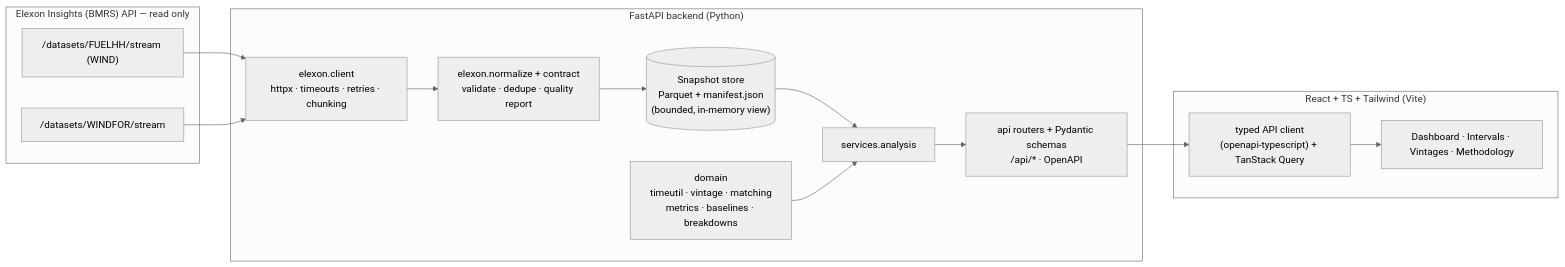
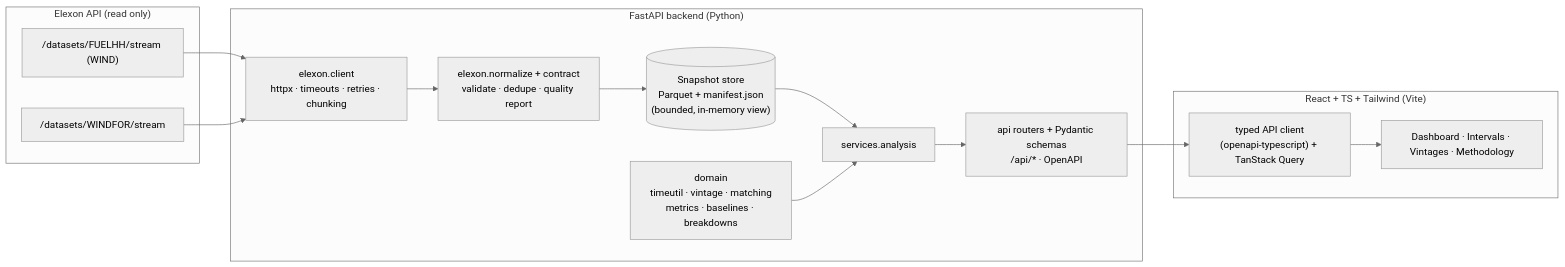
Before and after one commit to cycli-city/nkvsr: the diagram in docs/03-ARCHITECTURE.md, drawn with Mermaid (neutral theme).

Commit message:
docs: shorten the Elexon group title in the architecture diagram
Claude-Session: https://claude.ai/code/session_01HTTKyxJcNPF2oDDBKQLpF3

````diff
--- a/docs/03-ARCHITECTURE.md
+++ b/docs/03-ARCHITECTURE.md
@@ -5,27 +5,27 @@
 ```mermaid
 flowchart LR
-  subgraph Elexon["Elexon Insights (BMRS) API — read only"]
+  subgraph Elexon["Elexon API (read only)"]
     FH["/datasets/FUELHH/stream (WIND)"]
     WF["/datasets/WINDFOR/stream"]
   end
 
   subgraph Backend["FastAPI backend (Python)"]
     CL["elexon.client<br/>httpx · timeouts · retries · chunking"]
     NZ["elexon.normalize + contract<br/>validate · dedupe · quality report"]
     ST[("Snapshot store<br/>Parquet + manifest.json<br/>(bounded, in-memory view)")]
     DOM["domain<br/>timeutil · vintage · matching<br/>metrics · baselines · breakdowns"]
     SV["services.analysis"]
     API["api routers + Pydantic schemas<br/>/api/* · OpenAPI"]
   end
 
   subgraph Frontend["React + TS + Tailwind (Vite)"]
     QC["typed API client<br/>(openapi-typescript) + TanStack Query"]
     UI["Dashboard · Intervals · Vintages · Methodology"]
   end
 
   FH --> CL
   WF --> CL
   CL --> NZ --> ST
   ST --> SV
   DOM --> SV --> API --> QC --> UI
 ```
````
